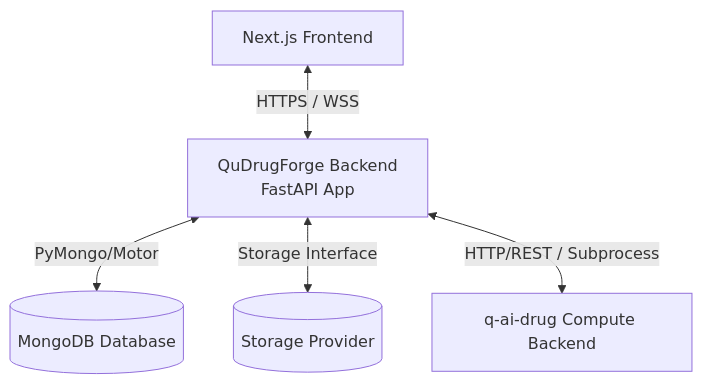
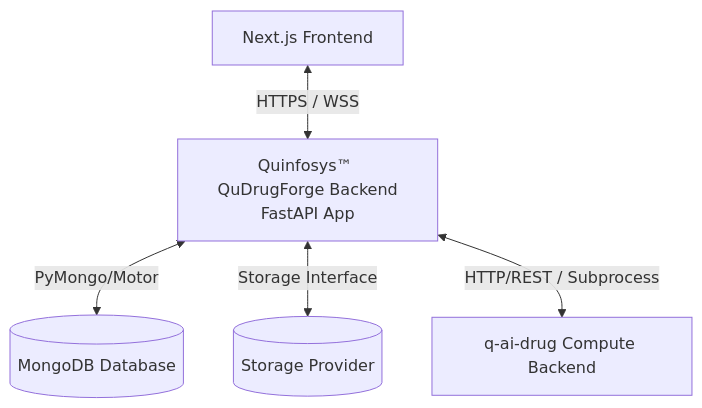
One commit to Stakeylock/q-ai-drug-new changed the diagram in backend-mnl/qudrugforge-backend/README.md. Above: the diagram before and after it, drawn with Mermaid. The commit also changed 33 other files, not shown here.

````diff
--- a/backend-mnl/qudrugforge-backend/README.md
+++ b/backend-mnl/qudrugforge-backend/README.md
@@ -23,7 +23,7 @@
 ```mermaid
 graph TD
-    Client[Next.js Frontend] <--> |HTTPS / WSS| Backend[QuDrugForge Backend<br>FastAPI App]
+    Client[Next.js Frontend] <--> |HTTPS / WSS| Backend[Quinfosys™ QuDrugForge Backend<br>FastAPI App]
     Backend <--> |PyMongo/Motor| DB[(MongoDB Database)]
     Backend <--> |Storage Interface| FS[(Storage Provider)]
     Backend <--> |HTTP/REST / Subprocess| Compute[q-ai-drug Compute Backend]
 ```
````
